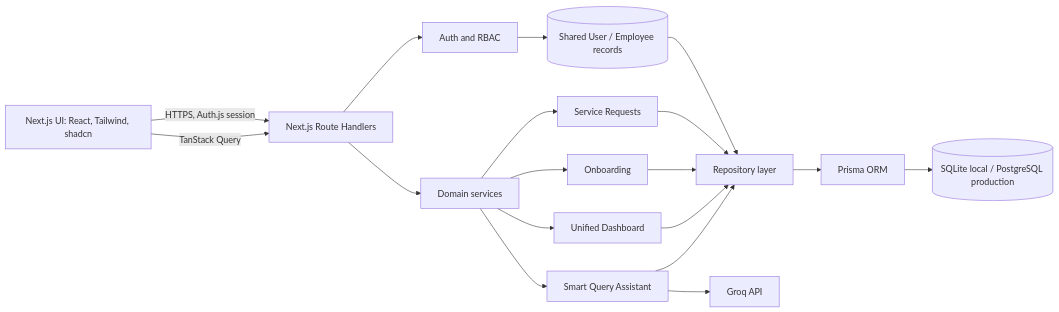
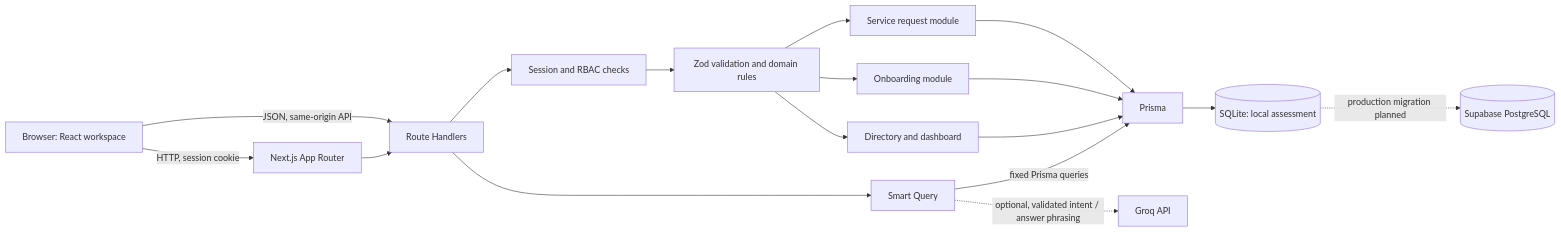
The diagram in ARCHITECTURE.md (Md-Emon-Hasan/hris-systems-developer-assessment), drawn with Mermaid before and after one commit. The commit also changed other lines of this file and 41 other files, not shown here.

````diff
--- a/ARCHITECTURE.md
+++ b/ARCHITECTURE.md
@@ -43,20 +22,19 @@
 ```mermaid
 flowchart LR
-  Browser[Next.js UI: React, Tailwind, shadcn] -->|HTTPS, Auth.js session| Routes[Next.js Route Handlers]
-  Browser -->|TanStack Query| Routes
-  Routes --> Auth[Auth and RBAC]
-  Routes --> Services[Domain services]
-  Services --> Requests[Service Requests]
-  Services --> Onboarding[Onboarding]
-  Services --> Dashboard[Unified Dashboard]
-  Services --> AI[Smart Query Assistant]
-  Requests --> Repos[Repository layer]
-  Onboarding --> Repos
-  Dashboard --> Repos
-  AI --> Repos
-  Repos --> Prisma[Prisma ORM]
-  Prisma --> DB[(SQLite local / PostgreSQL production)]
-  AI --> Groq[Groq API]
-  Auth --> Users[(Shared User / Employee records)]
-  Users --> Repos
+  U[Browser: React workspace] -->|HTTP, session cookie| N[Next.js App Router]
+  U -->|JSON, same-origin API| A[Route Handlers]
+  N --> A
+  A --> S[Session and RBAC checks]
+  S --> V[Zod validation and domain rules]
+  V --> R[Service request module]
+  V --> O[Onboarding module]
+  V --> D[Directory and dashboard]
+  R --> P[Prisma]
+  O --> P
+  D --> P
+  P --> DB[(SQLite: local assessment)]
+  A --> Q[Smart Query]
+  Q -->|fixed Prisma queries| P
+  Q -. optional, validated intent / answer phrasing .-> G[Groq API]
+  DB -. production migration planned .-> PG[(Supabase PostgreSQL)]
 ```
````
